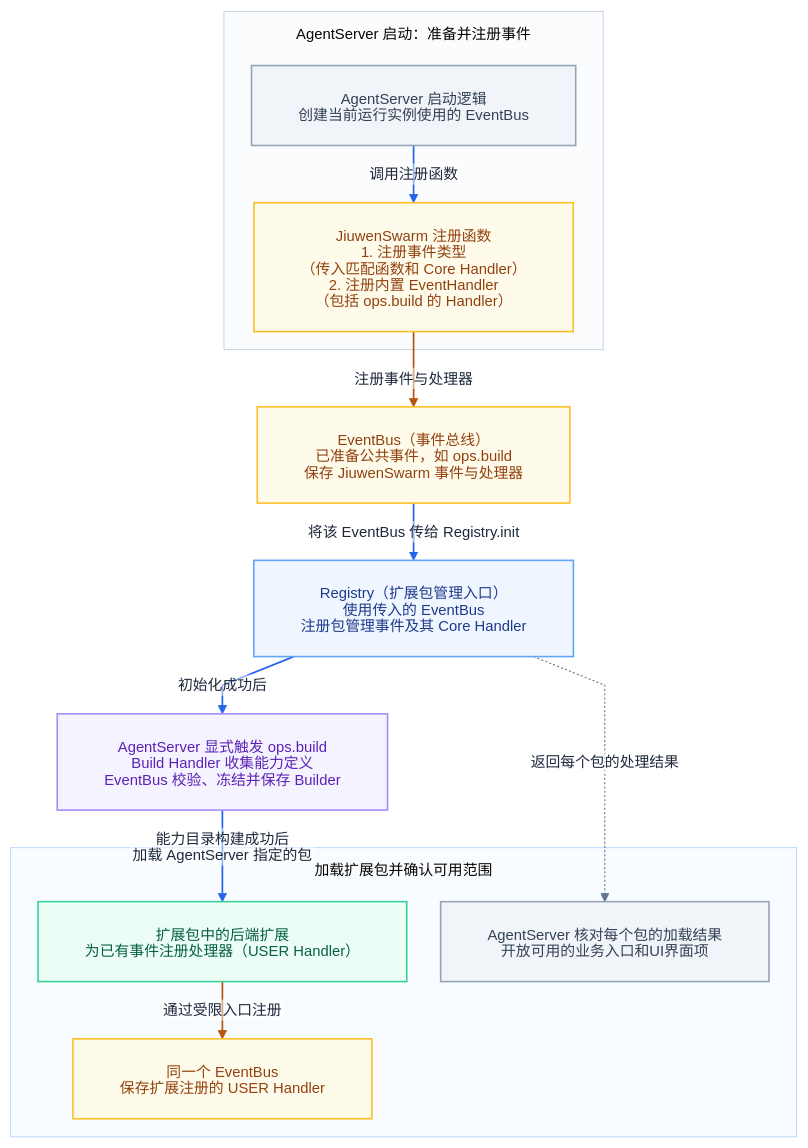
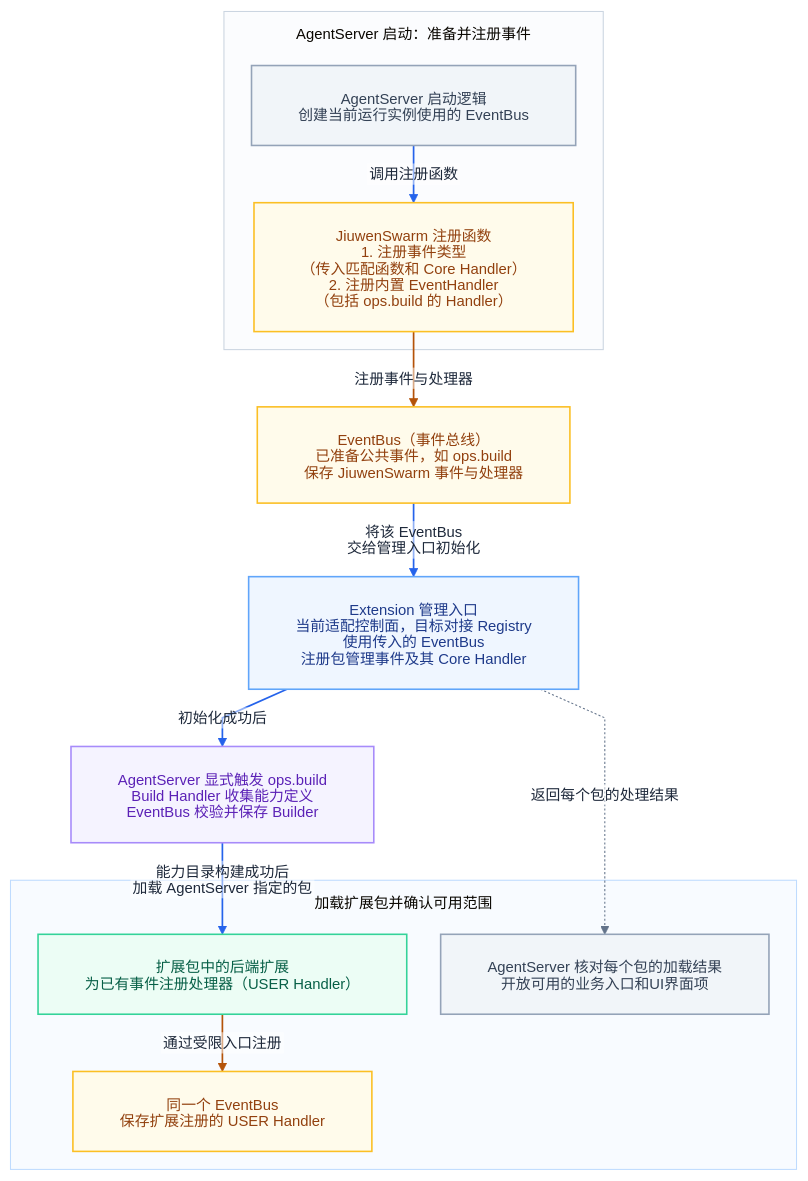
One commit to openJiuwen-ai/jiuwenswarm changed the fifth of 12 diagrams in jiuwenswarm/extensions_v2/docs/designs/extensions-v2-architecture.md. Above: the diagram before and after it, drawn with Mermaid. The commit also changed other lines of this file and 3 other files, not shown here.

````diff
--- a/jiuwenswarm/extensions_v2/docs/designs/extensions-v2-architecture.md
+++ b/jiuwenswarm/extensions_v2/docs/designs/extensions-v2-architecture.md
@@ -264,48 +264,48 @@
 ```mermaid
 %%{init: {"theme":"base","htmlLabels":false,"themeVariables":{"fontFamily":"Microsoft YaHei, Noto Sans CJK SC, Arial, sans-serif","fontSize":"14px","lineColor":"#64748b","textColor":"#1e293b","primaryTextColor":"#1e293b","edgeLabelBackground":"#ffffff","clusterBkg":"#f8fafc","clusterBorder":"#cbd5e1"},"flowchart":{"htmlLabels":false,"curve":"linear","nodeSpacing":32,"rankSpacing":34,"padding":22,"useMaxWidth":true,"wrappingWidth":280,"subGraphTitleMargin":{"top":12,"bottom":22}},"fontSize":14}}%%
 flowchart TB
     subgraph PREPARE["AgentServer 启动：准备并注册事件"]
         LIFE["AgentServer 启动逻辑<br/>创建当前运行实例使用的 EventBus"]
         CATALOG["JiuwenSwarm 注册函数<br/>1. 注册事件类型<br/>（传入匹配函数和 Core Handler）<br/>2. 注册内置 EventHandler<br/>（包括 ops.build 的 Handler）"]
     end
 
     BUS["EventBus（事件总线）<br/>已准备公共事件，如 ops.build<br/>保存 JiuwenSwarm 事件与处理器"]
-    REGISTRY["Registry（扩展包管理入口）<br/>使用传入的 EventBus<br/>注册包管理事件及其 Core Handler"]
-    BUILD["AgentServer 显式触发 ops.build<br/>Build Handler 收集能力定义<br/>EventBus 校验、冻结并保存 Builder"]
+    REGISTRY["Extension 管理入口<br/>当前适配控制面，目标对接 Registry<br/>使用传入的 EventBus<br/>注册包管理事件及其 Core Handler"]
+    BUILD["AgentServer 显式触发 ops.build<br/>Build Handler 收集能力定义<br/>EventBus 校验并保存 Builder"]
 
     subgraph LOAD["加载扩展包并确认可用范围"]
         EXTENSION["扩展包中的后端扩展<br/>为已有事件注册处理器（USER Handler）"]
         USER_BUS["同一个 EventBus<br/>保存扩展注册的 USER Handler"]
         RESULT["AgentServer 核对每个包的加载结果<br/>开放可用的业务入口和UI界面项"]
     end
 
     LIFE -->|调用注册函数| CATALOG
     CATALOG -->|注册事件与处理器| BUS
-    BUS -->|将该 EventBus 传给 Registry.init| REGISTRY
+    BUS -->|"将该 EventBus 交给管理入口初始化"| REGISTRY
     REGISTRY -->|初始化成功后| BUILD
     BUILD -->|能力目录构建成功后<br/>加载 AgentServer 指定的包| EXTENSION
     EXTENSION -->|通过受限入口注册| USER_BUS
     REGISTRY -.->|返回每个包的处理结果| RESULT
 
     classDef external fill:#f1f5f9,stroke:#94a3b8,color:#334155,stroke-width:1.5px;
     classDef flow fill:#eff6ff,stroke:#60a5fa,color:#1e3a8a,stroke-width:1.5px;
     classDef handler fill:#ecfdf5,stroke:#34d399,color:#065f46,stroke-width:1.5px;
     classDef config fill:#fffbeb,stroke:#fbbf24,color:#92400e,stroke-width:1.5px;
     classDef context fill:#ecfeff,stroke:#06b6d4,color:#155e75,stroke-width:1.5px;
     classDef ops fill:#f5f3ff,stroke:#a78bfa,color:#5b21b6,stroke-width:1.5px;
     classDef capability fill:#ecfdf5,stroke:#34d399,color:#065f46,stroke-width:1.5px;
     classDef resource fill:#f0fdfa,stroke:#5eead4,color:#115e59,stroke-width:1.5px;
     classDef verb fill:#fff7ed,stroke:#fb923c,color:#9a3412,stroke-width:1.5px;
 
     class LIFE external;
     class CATALOG config;
     class REGISTRY flow;
     class BUILD ops;
     class BUS,USER_BUS config;
     class EXTENSION handler;
     class RESULT external;
     style PREPARE fill:#fbfcfe,stroke:#cbd5e1,stroke-width:1px;
     style LOAD fill:#f8fbff,stroke:#bfdbfe,stroke-width:1px;
     linkStyle 0,2,3,4 stroke:#2563eb,stroke-width:1.6px;
     linkStyle 1,5 stroke:#b45309,stroke-width:1.6px;
 ```
````
